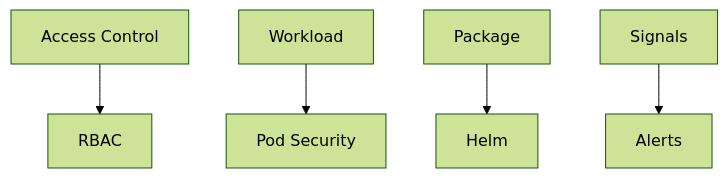
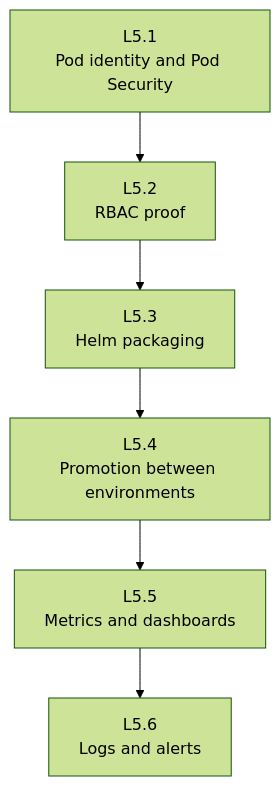
Before and after one commit to kumbulanit/kubernetescompr: the diagram in days/day5/labs/README.md, drawn with Mermaid (forest theme). The commit also changed other lines of this file and 26 other files, not shown here.

````diff
--- a/days/day5/labs/README.md
+++ b/days/day5/labs/README.md
@@ -31,7 +7,8 @@
 ```mermaid
 flowchart TD
-  Access[Access Control] --> RBAC[RBAC]
-  Workload[Workload] --> Security[Pod Security]
-  Package[Package] --> Helm[Helm]
-  Signals[Signals] --> Alerts[Alerts]
+  A[L5.1<br/>Pod identity and Pod Security] --> B[L5.2<br/>RBAC proof]
+  B --> C[L5.3<br/>Helm packaging]
+  C --> D[L5.4<br/>Promotion between environments]
+  D --> E[L5.5<br/>Metrics and dashboards]
+  E --> F[L5.6<br/>Logs and alerts]
 ```
````
